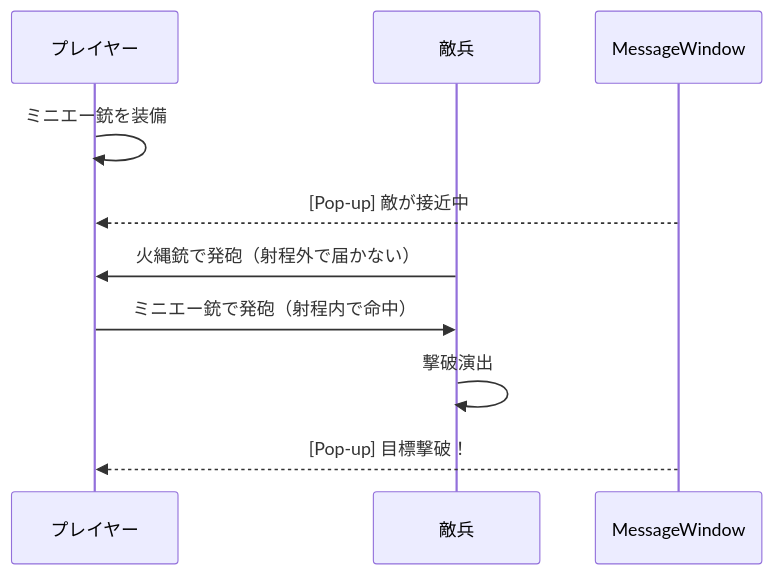
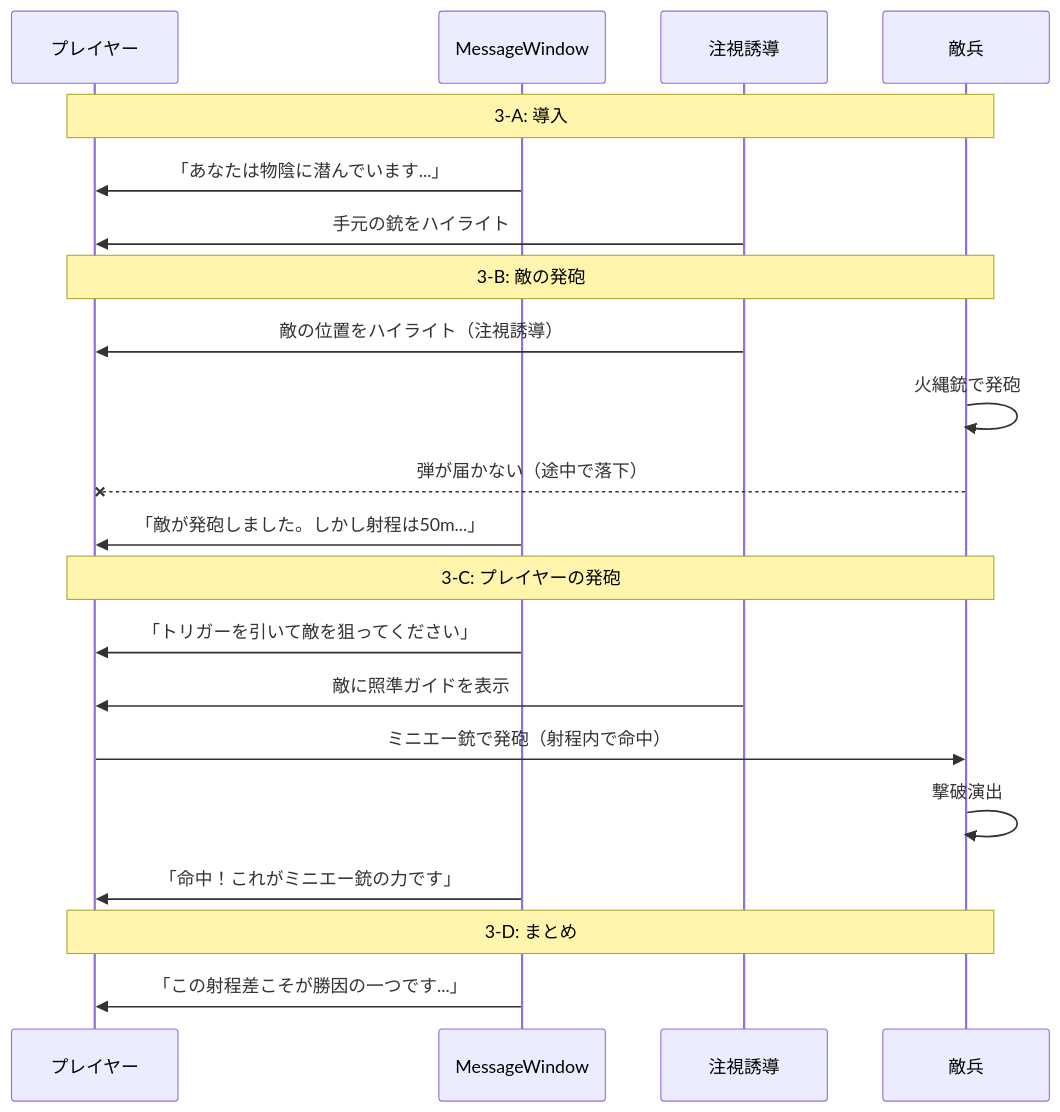
Before and after one commit to T-yao-K/Syuron: the third of 3 diagrams in Docs/SystemDesign.md, drawn with Mermaid. The commit also changed other lines of this file, not shown here.

````diff
--- a/Docs/SystemDesign.md
+++ b/Docs/SystemDesign.md
@@ -130,13 +192,27 @@
 ```mermaid
 sequenceDiagram
     participant P as プレイヤー
+    participant UI as MessageWindow
+    participant G as 注視誘導
     participant E as 敵兵
-    participant UI as MessageWindow
 
-    P->>P: ミニエー銃を装備
-    UI-->>P: [Pop-up] 敵が接近中
-    E->>P: 火縄銃で発砲（射程外で届かない）
+    Note over P,E: 3-A: 導入
+    UI->>P: 「あなたは物陰に潜んでいます...」
+    G->>P: 手元の銃をハイライト
+
+    Note over P,E: 3-B: 敵の発砲
+    G->>P: 敵の位置をハイライト（注視誘導）
+    E->>E: 火縄銃で発砲
+    E--xP: 弾が届かない（途中で落下）
+    UI->>P: 「敵が発砲しました。しかし射程は50m...」
+
+    Note over P,E: 3-C: プレイヤーの発砲
+    UI->>P: 「トリガーを引いて敵を狙ってください」
+    G->>P: 敵に照準ガイドを表示
     P->>E: ミニエー銃で発砲（射程内で命中）
     E->>E: 撃破演出
-    UI-->>P: [Pop-up] 目標撃破！
+    UI->>P: 「命中！これがミニエー銃の力です」
+
+    Note over P,E: 3-D: まとめ
+    UI->>P: 「この射程差こそが勝因の一つです...」
 ```
````
